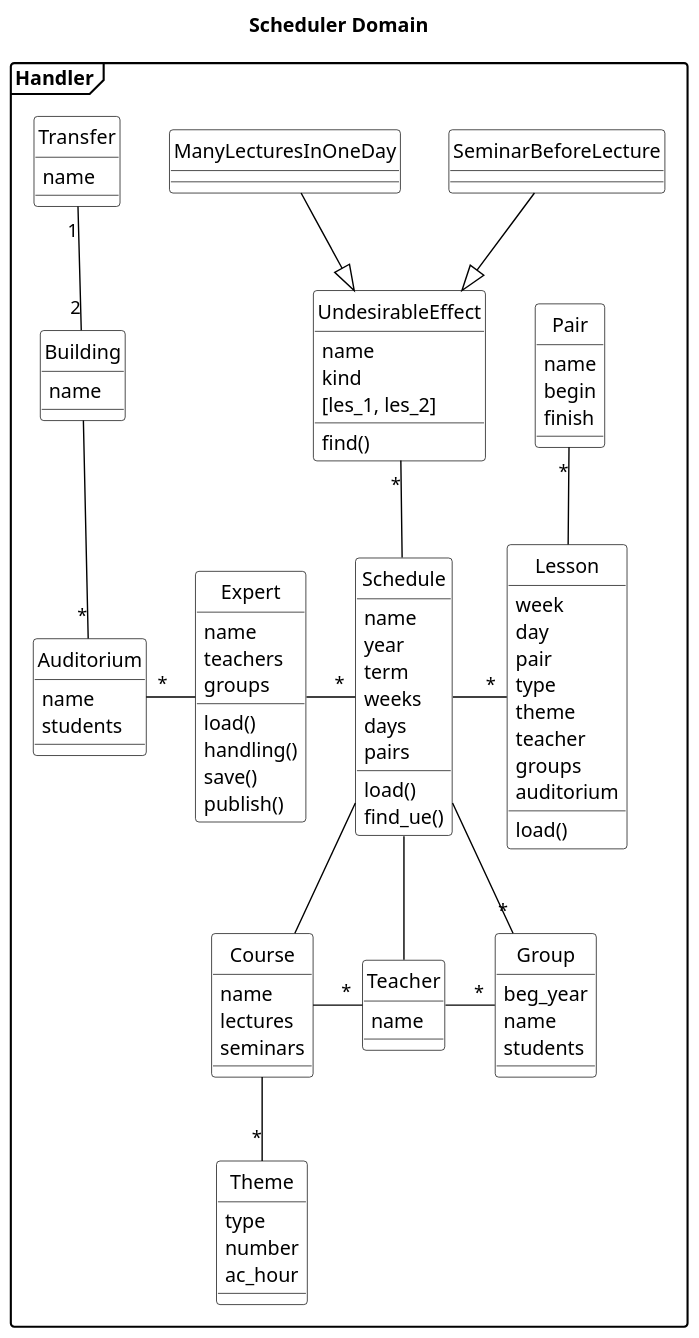
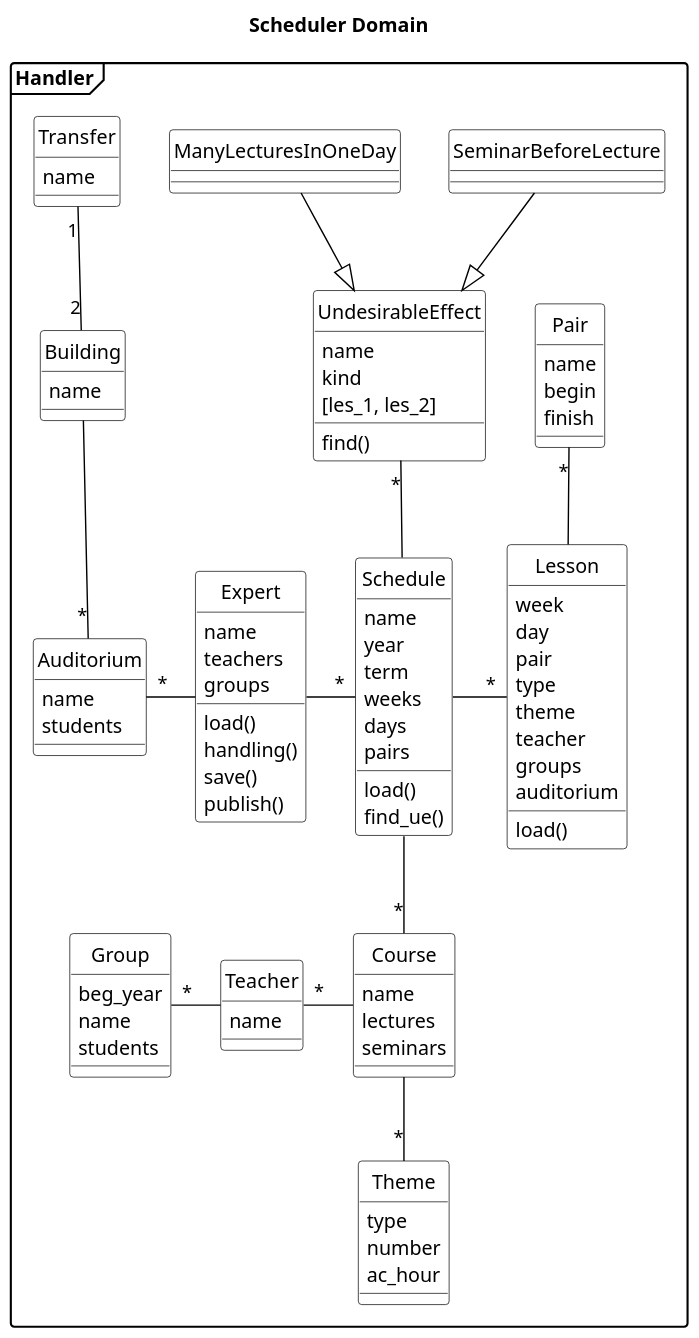
One commit to AlexFatkin/UniversityScheduleController changed the diagram in UML/Scheduler_classes_15.puml. Above: the diagram before and after it, drawn with PlantUML.

Commit message:
Refactor UML/Scheduler_classes_15.puml

```diff
--- a/UML/Scheduler_classes_15.puml
+++ b/UML/Scheduler_classes_15.puml
@@ -2,121 +2,119 @@
 @startuml
 title Scheduler Domain
 skinparam class {
 BackgroundColor White
 ArrowColor Black
 BorderColor Black
 }
 skinparam object {
 BackgroundColor White
 ArrowColor Black
 BorderColor Black
 }
 hide circle
 'hide members
 scale 1.3
 skinparam DefaultTextAlignment left
 skinparam shadowing false
 'skinparam monochrome true
 skinparam packageStyle frame
 
 package Handler {
 
 class UndesirableEffect{
 name
 kind
 [les_1, les_2]
 find()
 }
 class SeminarBeforeLecture{
 }
 class ManyLecturesInOneDay{
 }
 class Expert{
 name
 teachers
 groups
 load()
 handling()
 save()
 publish()
 }
 class Schedule{
 name
 year
 term
 weeks
 days
 pairs
 load()
 find_ue()
 }
 class Lesson{
 week
 day
 pair
 type
 theme
 teacher
 groups
 auditorium
 load()
 }
 class Teacher{
 name
 'e-mail
 }
 class Course{
 name
 lectures
 seminars
 'workload
 }
 class Pair {
 name
 begin
 finish
 '}
 'class Student{
 'id
 'e-mail
 }
 class Group{
 beg_year
 name
 students
 'students
 }
 class Transfer {
 name
 }
 class Building {
 name
 }
 class Auditorium {
 name
 students
 'address
 }
 class Theme{
 type
 number
 ac_hour
 }
 
 Expert -"*" Schedule
 Schedule -"*" Lesson
 UndesirableEffect "*"--Schedule
-Schedule  --"*"  Group
 SeminarBeforeLecture --|> UndesirableEffect
-Schedule --Teacher
 ManyLecturesInOneDay --|> UndesirableEffect
-Schedule--  Course
-Teacher -"*" Group
+Schedule --"*" Course
+Group "*"-Teacher
 Pair "*"-- Lesson
 Course --"*" Theme
 Auditorium "*"- Expert
-Course -"*" Teacher
+Teacher "*"- Course
 Transfer "1"--"2" Building
 Building --"*" Auditorium
 'Group -"*" Student
 @enduml
```
